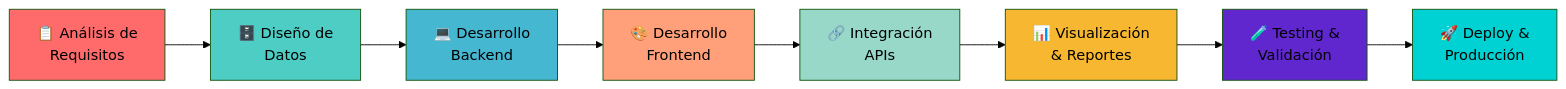
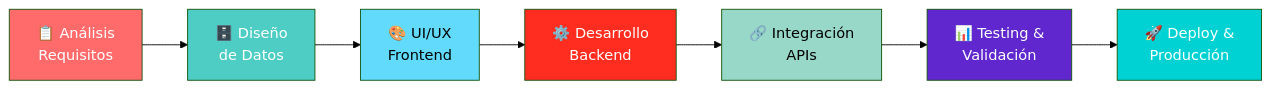
The third of 3 diagrams in README.md (RogerCipa7/RogerCipa7), drawn with Mermaid (forest theme) before and after one commit. The commit also changed other lines of this file, not shown here.

````diff
--- a/README.md
+++ b/README.md
@@ -189,19 +258,17 @@
 ```mermaid
 graph LR
-    A[📋 Análisis de<br/>Requisitos] --> B[🗄️ Diseño de<br/>Datos]
-    B --> C[💻 Desarrollo<br/>Backend]
-    C --> D[🎨 Desarrollo<br/>Frontend]
+    A[📋 Análisis<br/>Requisitos] --> B[🗄️ Diseño<br/>de Datos]
+    B --> C[🎨 UI/UX<br/>Frontend]
+    C --> D[⚙️ Desarrollo<br/>Backend]
     D --> E[🔗 Integración<br/>APIs]
-    E --> F[📊 Visualización<br/>& Reportes]
-    F --> G[🧪 Testing &<br/>Validación]
-    G --> H[🚀 Deploy &<br/>Producción]
-    
-    style A fill:#FF6B6B
-    style B fill:#4ECDC4
-    style C fill:#45B7D1
-    style D fill:#FFA07A
-    style E fill:#98D8C8
-    style F fill:#F7B731
-    style G fill:#5F27CD
-    style H fill:#00D2D3
+    E --> F[📊 Testing &<br/>Validación]
+    F --> G[🚀 Deploy &<br/>Producción]
+
+    style A fill:#FF6B6B,color:#fff
+    style B fill:#4ECDC4,color:#fff
+    style C fill:#61DAFB,color:#000
+    style D fill:#FF2D20,color:#fff
+    style E fill:#98D8C8,color:#000
+    style F fill:#5F27CD,color:#fff
+    style G fill:#00D2D3,color:#fff
 ```
````
